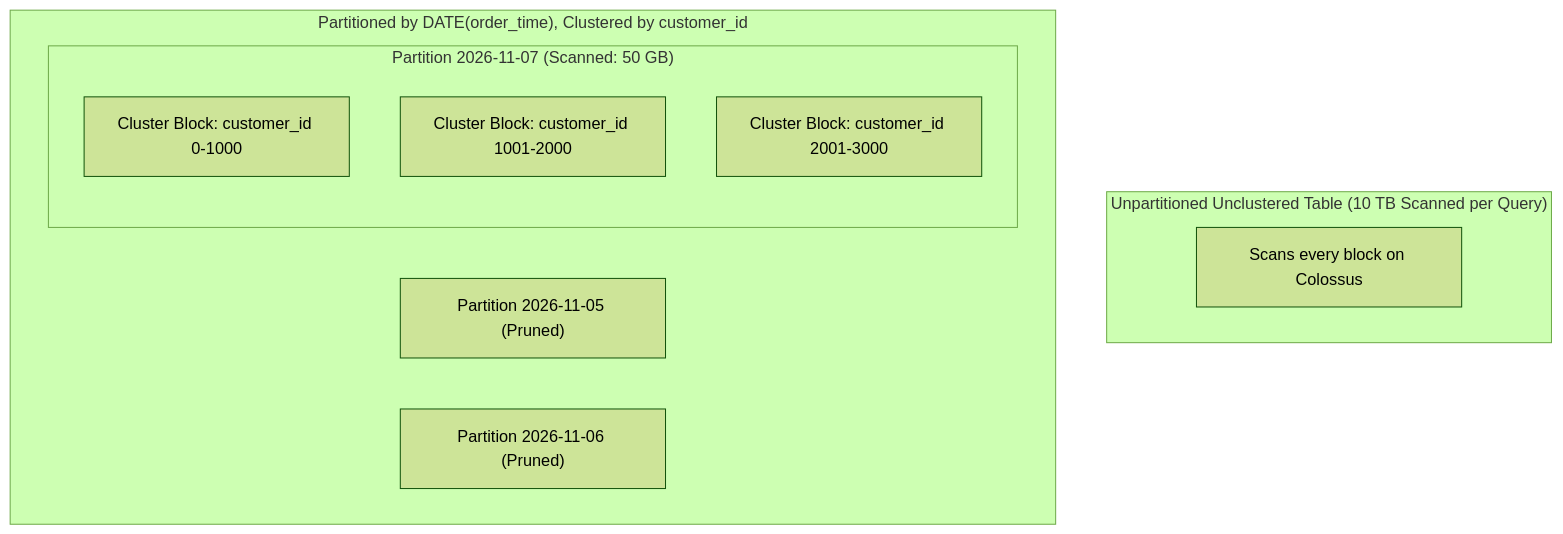
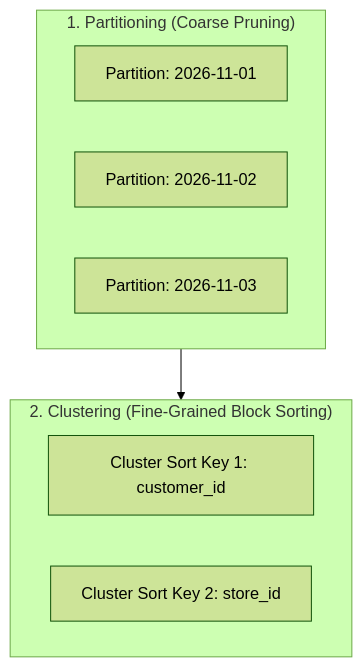
Before and after one commit to rohithvishaal/GCP_PDE_Notes: the third of 4 diagrams in 04_phase3_exam_domains/domain_3_storing_data.md, drawn with Mermaid (forest theme). The commit also changed other lines of this file and 8 other files, not shown here.

````diff
--- a/04_phase3_exam_domains/domain_3_storing_data.md
+++ b/04_phase3_exam_domains/domain_3_storing_data.md
@@ -415,16 +185,15 @@
 ```mermaid
 flowchart TD
-    subgraph Full_Table["Unpartitioned Unclustered Table (10 TB Scanned per Query)"]
-        RawData["Scans every block on Colossus"]
+    subgraph Table_Partitioning["1. Partitioning (Coarse Pruning)"]
+        P1["Partition: 2026-11-01"]
+        P2["Partition: 2026-11-02"]
+        P3["Partition: 2026-11-03"]
     end
 
-    subgraph Partitioned_Clustered["Partitioned by DATE(order_time), Clustered by customer_id"]
-        P1["Partition 2026-11-05 (Pruned)"]
-        P2["Partition 2026-11-06 (Pruned)"]
-        subgraph P3["Partition 2026-11-07 (Scanned: 50 GB)"]
-            C1["Cluster Block: customer_id 0-1000"]
-            C2["Cluster Block: customer_id 1001-2000"]
-            C3["Cluster Block: customer_id 2001-3000"]
-        end
+    subgraph Table_Clustering["2. Clustering (Fine-Grained Block Sorting)"]
+        C1["Cluster Sort Key 1: customer_id"]
+        C2["Cluster Sort Key 2: store_id"]
     end
+
+    Table_Partitioning --> Table_Clustering
 ```
````
